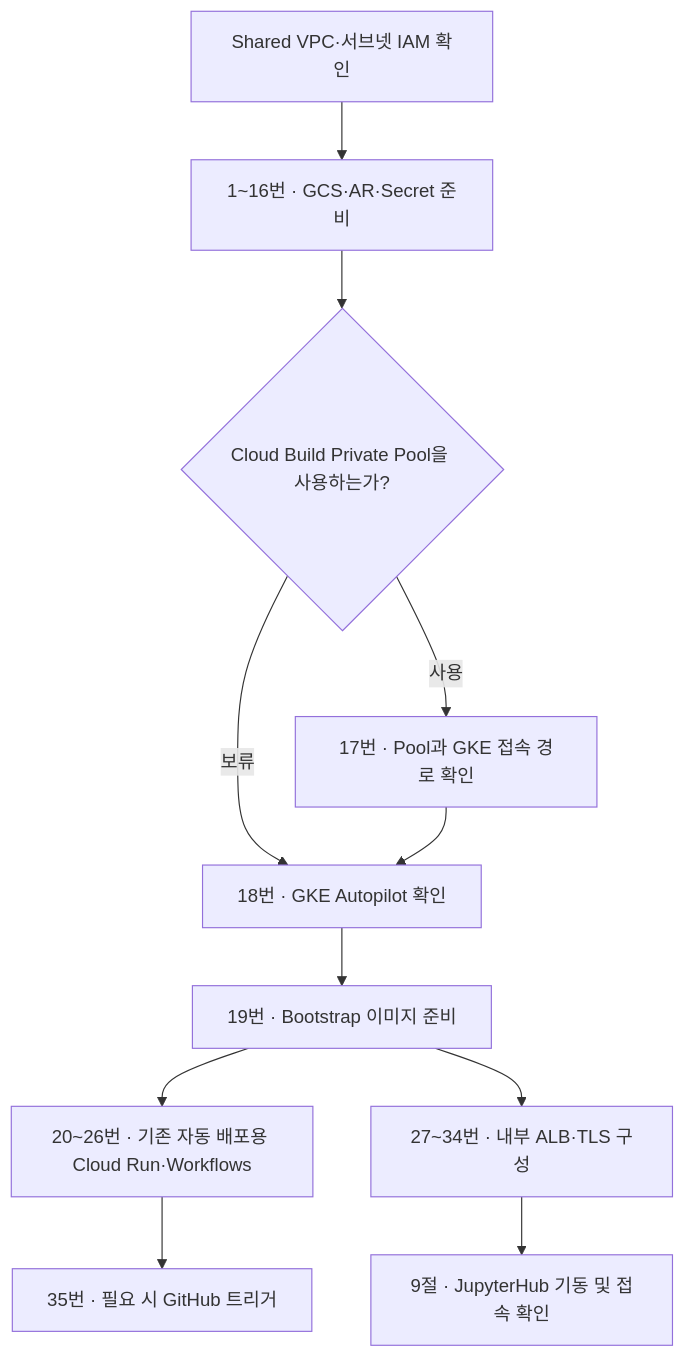
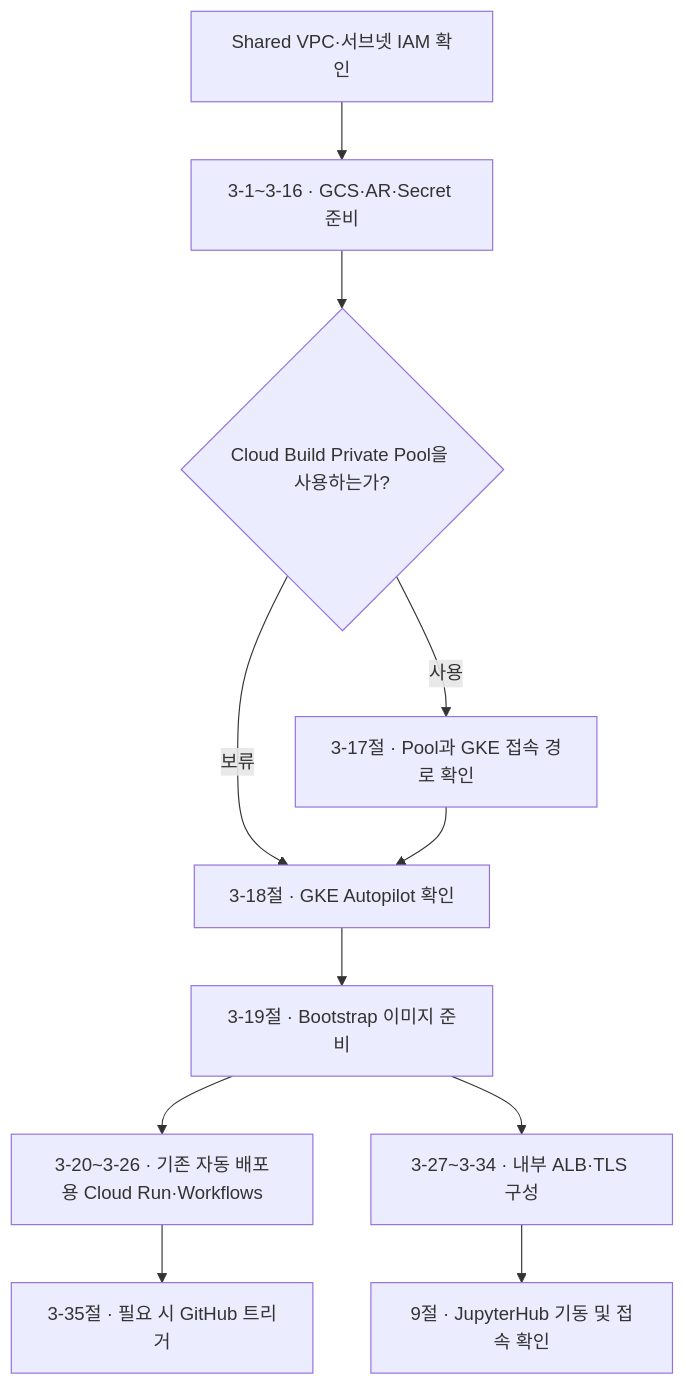
One commit to sonmap/https-github.com-sonmap-GCP_SBX_Test02 changed the sixth of 8 diagrams in 02.infra-setup/infra-setup-commend.md. Above: the diagram before and after it, drawn with Mermaid. The commit also changed other lines of this file, not shown here.

````diff
--- a/02.infra-setup/infra-setup-commend.md
+++ b/02.infra-setup/infra-setup-commend.md
@@ -1158,13 +1280,13 @@
 ```mermaid
 flowchart TD
-    A["Shared VPC·서브넷 IAM 확인"] --> B["1~16번 · GCS·AR·Secret 준비"]
+    A["Shared VPC·서브넷 IAM 확인"] --> B["3-1~3-16 · GCS·AR·Secret 준비"]
     B --> C{"Cloud Build Private Pool을 사용하는가?"}
-    C -->|사용| D["17번 · Pool과 GKE 접속 경로 확인"]
-    C -->|보류| E["18번 · GKE Autopilot 확인"]
+    C -->|사용| D["3-17절 · Pool과 GKE 접속 경로 확인"]
+    C -->|보류| E["3-18절 · GKE Autopilot 확인"]
     D --> E
-    E --> F["19번 · Bootstrap 이미지 준비"]
-    F --> G["20~26번 · 기존 자동 배포용 Cloud Run·Workflows"]
-    F --> H["27~34번 · 내부 ALB·TLS 구성"]
-    G --> I["35번 · 필요 시 GitHub 트리거"]
+    E --> F["3-19절 · Bootstrap 이미지 준비"]
+    F --> G["3-20~3-26 · 기존 자동 배포용 Cloud Run·Workflows"]
+    F --> H["3-27~3-34 · 내부 ALB·TLS 구성"]
+    G --> I["3-35절 · 필요 시 GitHub 트리거"]
     H --> J["9절 · JupyterHub 기동 및 접속 확인"]
 ```
````
